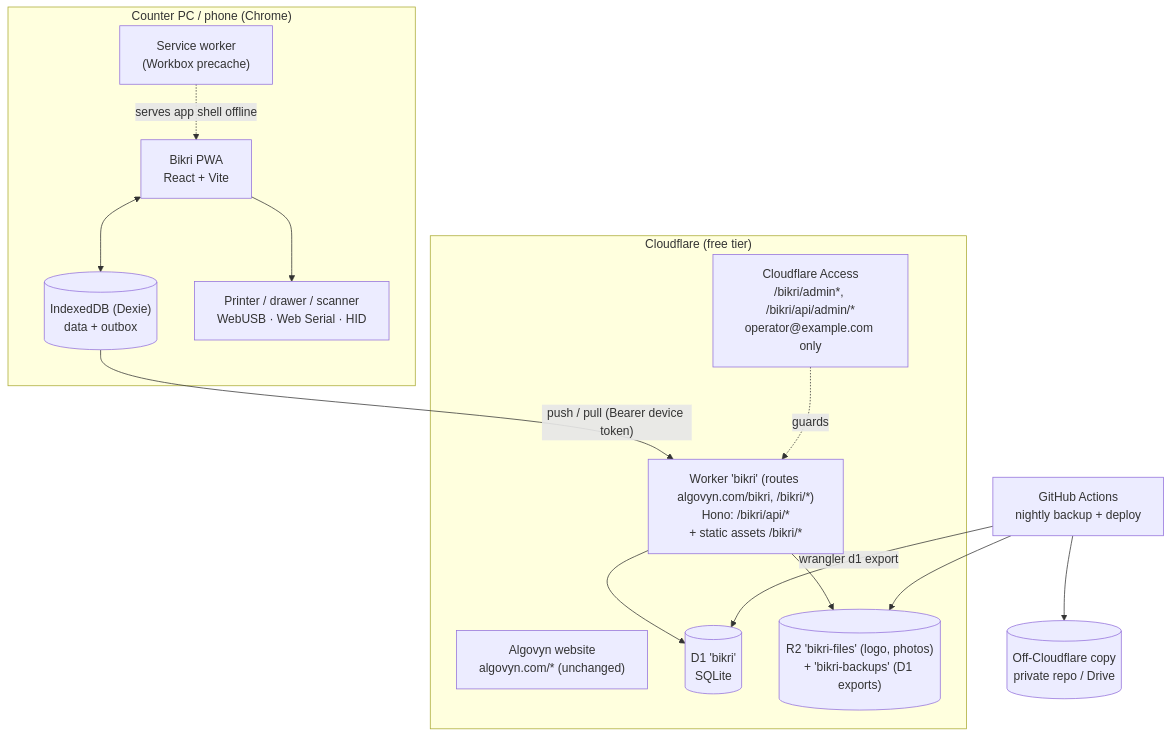
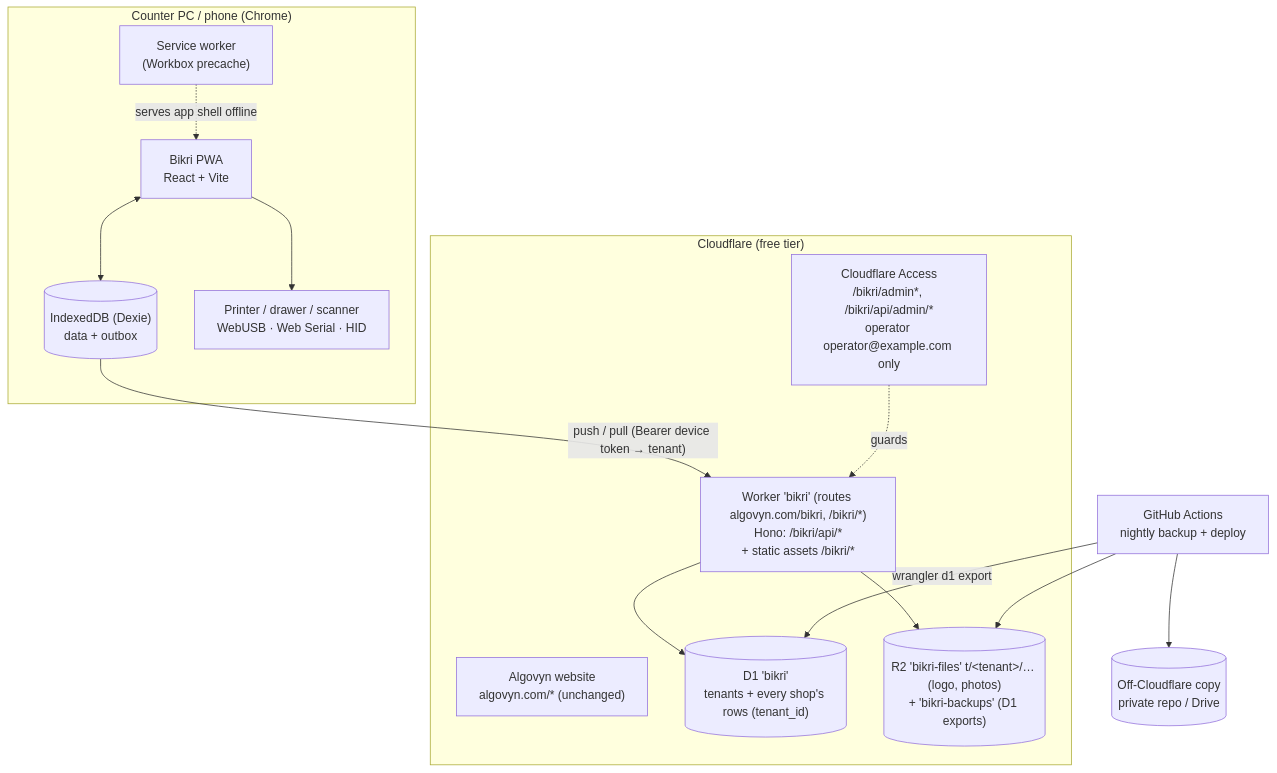
The diagram in docs/01-architecture.md (AlgoVyn/bikri), drawn with Mermaid before and after one commit. The commit also changed other lines of this file and 21 other files, not shown here.

First line of the commit message:
docs: design multi-tenant Bikri (D-064–D-074)

````diff
--- a/docs/01-architecture.md
+++ b/docs/01-architecture.md
@@ -53,31 +56,31 @@
 ```mermaid
 flowchart TB
   subgraph Counter["Counter PC / phone (Chrome)"]
     UI["Bikri PWA<br/>React + Vite"]
     SW["Service worker<br/>(Workbox precache)"]
     IDB[("IndexedDB (Dexie)<br/>data + outbox")]
     HW["Printer / drawer / scanner<br/>WebUSB · Web Serial · HID"]
     UI <--> IDB
     UI --> HW
     SW -. serves app shell offline .-> UI
   end
 
   subgraph CF["Cloudflare (free tier)"]
     SITE["Algovyn website<br/>algovyn.com/* (unchanged)"]
     W["Worker 'bikri' (routes algovyn.com/bikri, /bikri/*)<br/>Hono: /bikri/api/*<br/>+ static assets /bikri/*"]
-    ACC["Cloudflare Access<br/>/bikri/admin*, /bikri/api/admin/*<br/>operator@example.com only"]
-    D1[("D1 'bikri'<br/>SQLite")]
-    R2[("R2 'bikri-files' (logo, photos)<br/>+ 'bikri-backups' (D1 exports)")]
+    ACC["Cloudflare Access<br/>/bikri/admin*, /bikri/api/admin/*<br/>operator operator@example.com only"]
+    D1[("D1 'bikri'<br/>tenants + every shop's rows (tenant_id)")]
+    R2[("R2 'bikri-files' t/&lt;tenant&gt;/… (logo, photos)<br/>+ 'bikri-backups' (D1 exports)")]
   end
 
   GH["GitHub Actions<br/>nightly backup + deploy"]
   OFF[("Off-Cloudflare copy<br/>private repo / Drive")]
 
-  IDB -- "push / pull (Bearer device token)" --> W
+  IDB -- "push / pull (Bearer device token → tenant)" --> W
   ACC -. guards .-> W
   W --> D1
   W --> R2
   GH -- "wrangler d1 export" --> D1
   GH --> R2
   GH --> OFF
 ```
````
